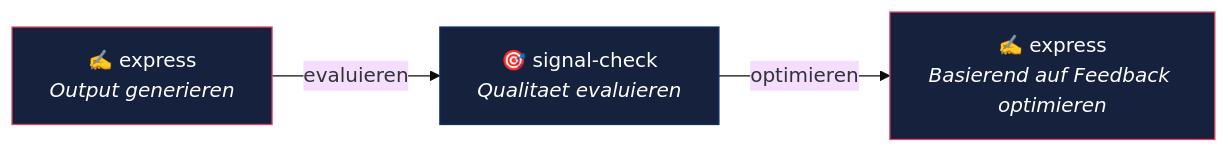
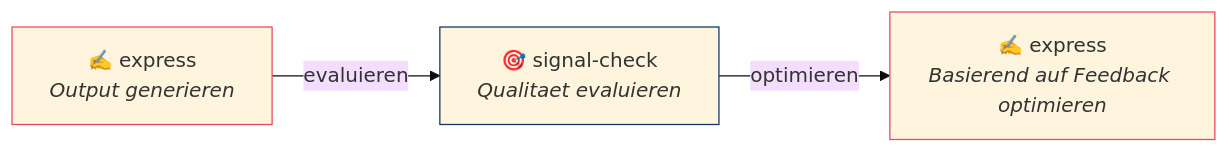
One commit to janrummel/claude-orchestrator-starter changed the second of 5 diagrams in README.de.md. Above: the diagram before and after it, drawn with Mermaid (base theme). The commit also changed other lines of this file and 3 other files, not shown here.

First line of the commit message:
Update website and diagrams: add quality-gate, fix Mermaid styling

````diff
--- a/README.de.md
+++ b/README.de.md
@@ -178,13 +178,13 @@
 ```mermaid
 flowchart LR
     E["✍️ express<br/><i>Output generieren</i>"]
     S["🎯 signal-check<br/><i>Qualitaet evaluieren</i>"]
     E2["✍️ express<br/><i>Basierend auf Feedback optimieren</i>"]
 
     E -->|"evaluieren"| S
     S -->|"optimieren"| E2
 
-    style E fill:#16213e,stroke:#e94560,color:#fff
-    style S fill:#16213e,stroke:#0f3460,color:#fff
-    style E2 fill:#16213e,stroke:#e94560,color:#fff
+    style E stroke:#e94560
+    style S stroke:#0f3460
+    style E2 stroke:#e94560
 ```
````
